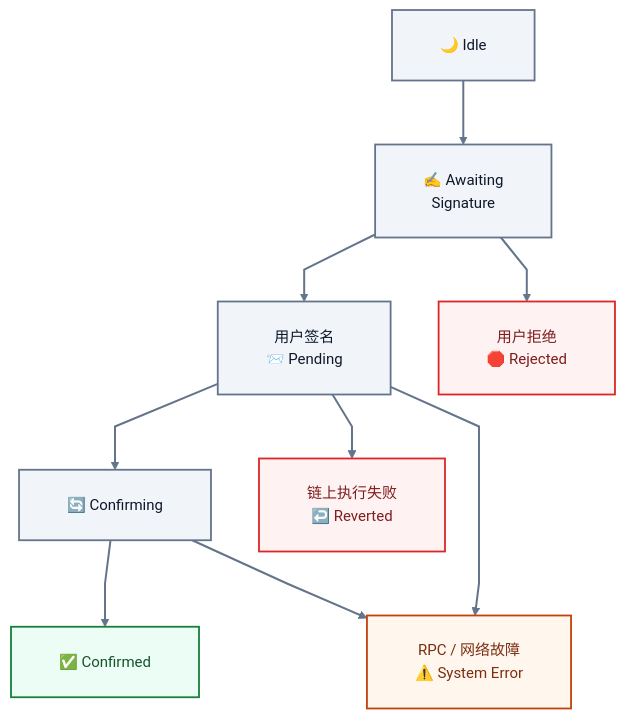
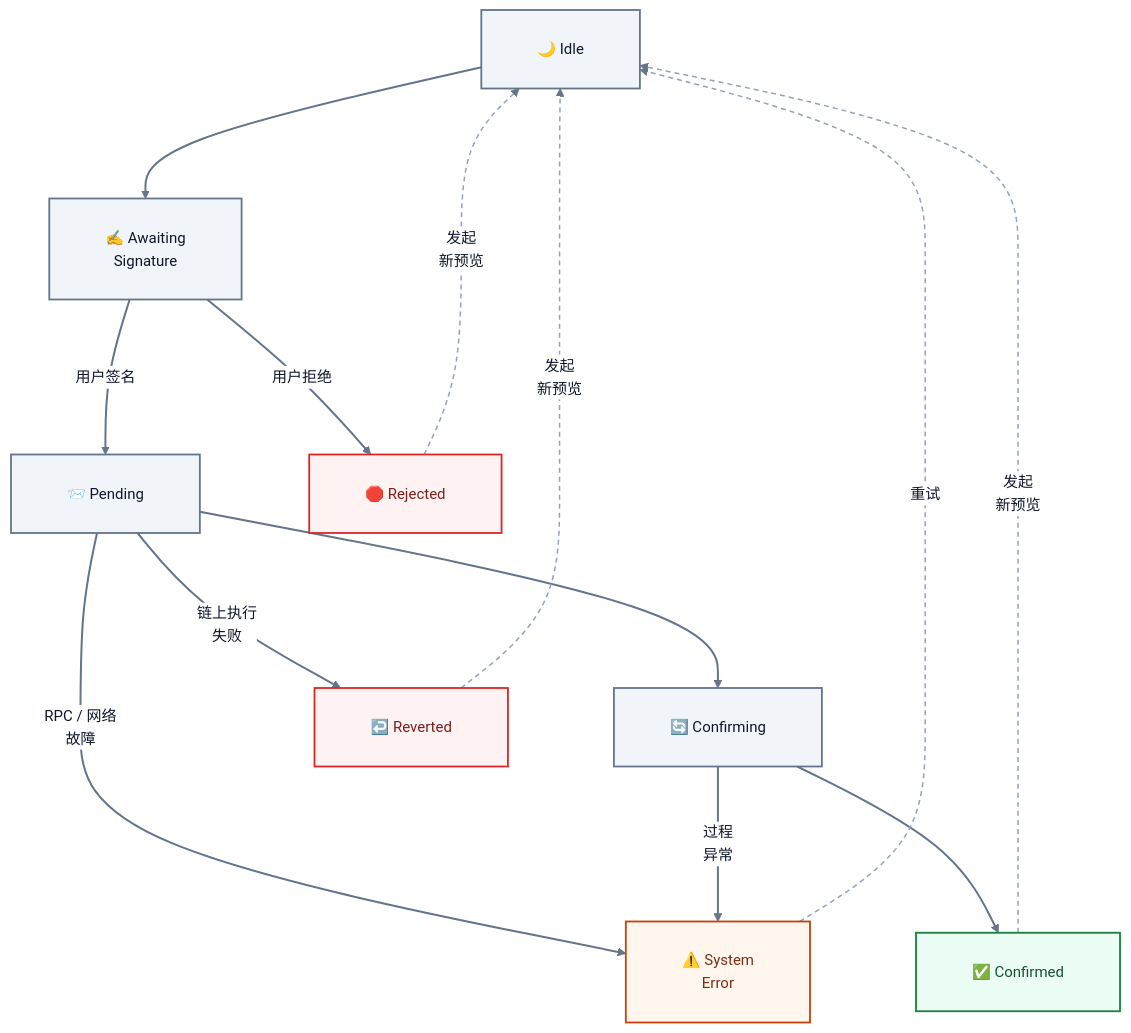
Before and after one commit to sunshineluyao/Moss-Mcp-Transaction: the seventh of 8 diagrams in README.md, drawn with Mermaid. The commit also changed other lines of this file, not shown here.

First line of the commit message:
Revert "Merge pull request #7 from sunshineluyao/codex/fix-text-visibility-in-mermaid-diagrams"

````diff
--- a/README.md
+++ b/README.md
@@ -644,25 +722,30 @@
 ```mermaid
-%%{init: {'theme':'base','flowchart': {'htmlLabels': true, 'nodeSpacing': 48, 'rankSpacing': 64, 'curve': 'linear', 'padding': 24, 'diagramPadding': 16, 'wrappingWidth': 220},'themeVariables': {'fontFamily':'Inter, Segoe UI, sans-serif','fontSize':'15px','primaryTextColor':'#0f172a','lineColor':'#64748b','clusterBkg':'#f8fafc','clusterBorder':'#cbd5e1','edgeLabelBackground':'#ffffff','primaryBorderColor':'#2563eb','primaryColor':'#eff6ff'}}}%%
+%%{init: {'theme':'base','flowchart': {'htmlLabels': true, 'nodeSpacing': 96, 'rankSpacing': 110, 'curve': 'basis', 'padding': 28, 'diagramPadding': 24, 'wrappingWidth': 260},'themeVariables': {'fontFamily':'Inter, Segoe UI, sans-serif','fontSize':'15px','primaryTextColor':'#0f172a','lineColor':'#64748b','clusterBkg':'#f8fafc','clusterBorder':'#cbd5e1','edgeLabelBackground':'#ffffff','primaryBorderColor':'#2563eb','primaryColor':'#eff6ff'}}}%%
 flowchart TB
   Idle["🌙 Idle"] --> Awaiting["✍️ Awaiting<br/>Signature"]
-  Awaiting --> Pending["用户签名<br/>📨 Pending"]
-  Awaiting --> Rejected["用户拒绝<br/>🛑 Rejected"]
+  Awaiting -->|用户签名| Pending["📨 Pending"]
+  Awaiting -->|用户拒绝| Rejected["🛑 Rejected"]
 
   Pending --> Confirming["🔄 Confirming"]
   Confirming --> Confirmed["✅ Confirmed"]
-  Pending --> Reverted["链上执行失败<br/>↩️ Reverted"]
-  Pending --> SystemError["RPC / 网络故障<br/>⚠️ System Error"]
-  Confirming --> SystemError
+  Pending -->|链上执行<br/>失败| Reverted["↩️ Reverted"]
+  Pending -->|RPC / 网络<br/>故障| SystemError["⚠️ System<br/>Error"]
+  Confirming -->|过程<br/>异常| SystemError
 
+  Rejected -.->|发起<br/>新预览| Idle
+  Reverted -.->|发起<br/>新预览| Idle
+  SystemError -.->|重试| Idle
+  Confirmed -.->|发起<br/>新预览| Idle
 
   classDef neutral fill:#f1f5f9,stroke:#64748b,stroke-width:1.8px,color:#0f172a;
   classDef success fill:#ecfdf5,stroke:#15803d,stroke-width:1.8px,color:#14532d;
   classDef danger fill:#fef2f2,stroke:#dc2626,stroke-width:1.8px,color:#7f1d1d;
   classDef warn fill:#fff7ed,stroke:#c2410c,stroke-width:1.8px,color:#7c2d12;
 
   class Idle,Awaiting,Pending,Confirming neutral;
   class Confirmed success;
   class Rejected,Reverted danger;
   class SystemError warn;
+  linkStyle 8,9,10,11 stroke:#94a3b8,stroke-width:1.5px,stroke-dasharray:5 4;
   linkStyle default stroke:#64748b,stroke-width:2px;
 ```
````
